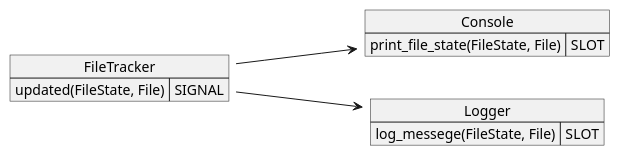
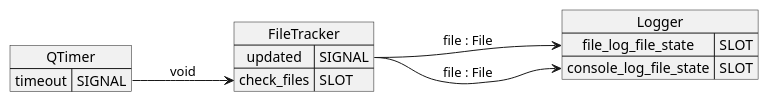
The diagram in UML/signal_slot.puml (insert-zkm/QTConsoleFileManager), drawn with PlantUML before and after one commit.

Commit message:
deleted consolewritter class

```diff
--- a/UML/signal_slot.puml
+++ b/UML/signal_slot.puml
@@ -1,18 +1,20 @@
-@startuml
+@startuml gwe
 left to right direction
 
-map FileTracker {
-    updated(FileState, File)=>SIGNAL
+map QTimer {
+    timeout=>SIGNAL
 }
 
-map Console {
-    print_file_state(FileState, File)=>SLOT
+map FileTracker {
+    updated=>SIGNAL
+    check_files=>SLOT
 }
 
 map Logger {
-    log_messege(FileState, File)=>SLOT
+    file_log_file_state=>SLOT
+    console_log_file_state=>SLOT
 }
-
-FileTracker::updated ---> Console::print_file_state
-FileTracker::updated ---> Logger::log_messege
+QTimer::timeout --> FileTracker::check_files : void
+FileTracker::updated ---> Logger::file_log_file_state : "file : File"
+FileTracker::updated ---> Logger::console_log_file_state : "file : File"
 @enduml
```
